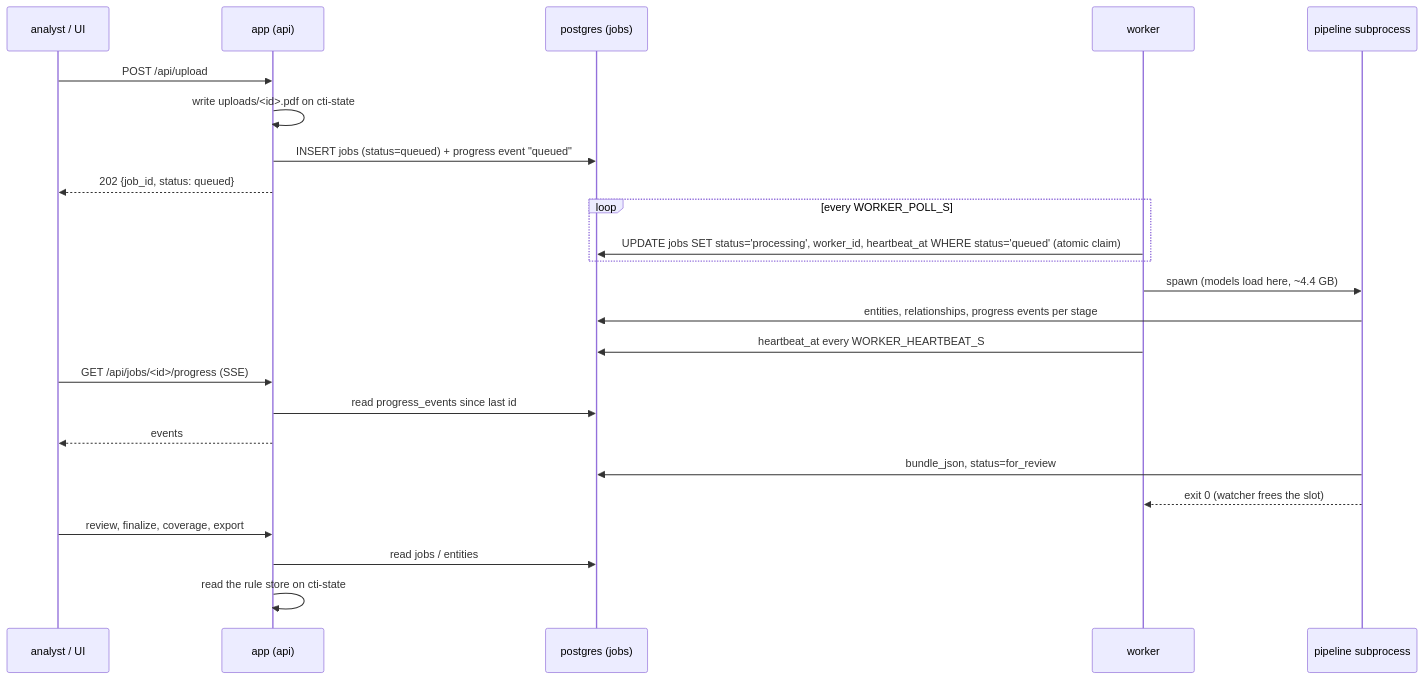
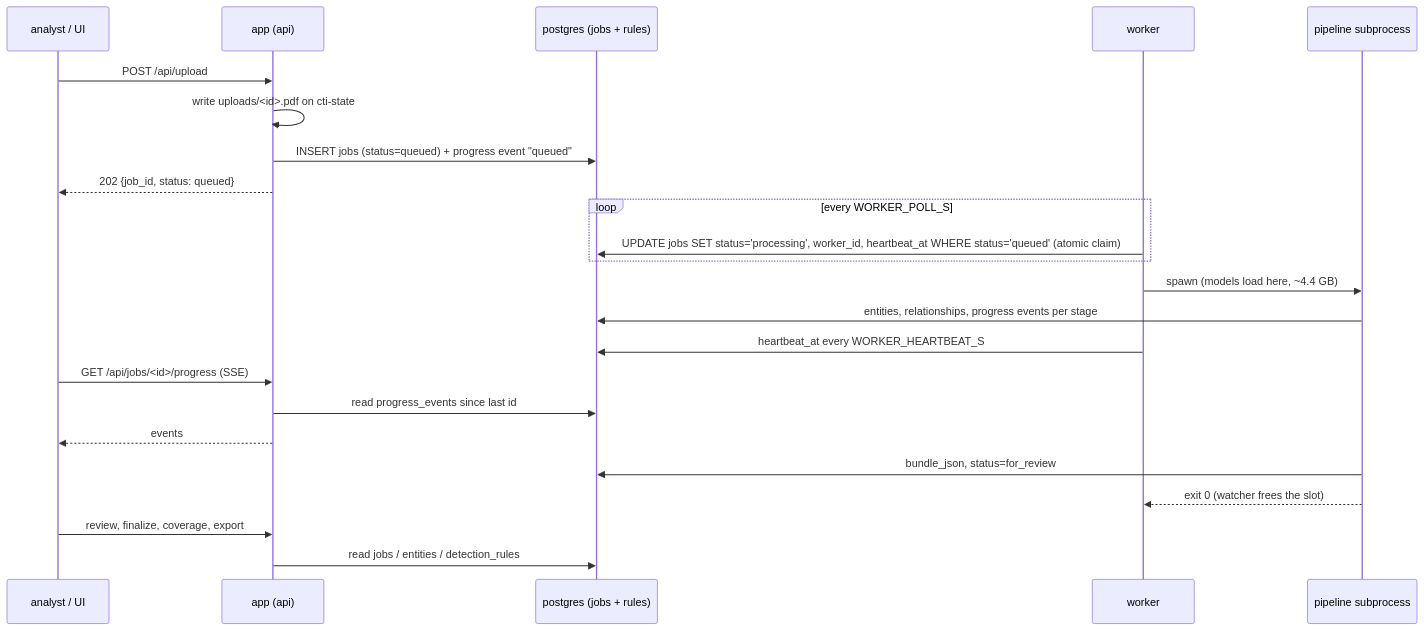
Before and after one commit to Stixaly/CTIParsor: the second of 2 diagrams in docs/architecture.md, drawn with Mermaid. The commit also changed other lines of this file and 80 other files, not shown here.

````diff
--- a/docs/architecture.md
+++ b/docs/architecture.md
@@ -85,26 +94,25 @@
 ```mermaid
 sequenceDiagram
     participant U as analyst / UI
     participant A as app (api)
-    participant DB as postgres (jobs)
+    participant DB as postgres (jobs + rules)
     participant W as worker
     participant P as pipeline subprocess
     U->>A: POST /api/upload
     A->>A: write uploads/<id>.pdf on cti-state
     A->>DB: INSERT jobs (status=queued) + progress event "queued"
     A-->>U: 202 {job_id, status: queued}
     loop every WORKER_POLL_S
         W->>DB: UPDATE jobs SET status='processing', worker_id, heartbeat_at WHERE status='queued' (atomic claim)
     end
     W->>P: spawn (models load here, ~4.4 GB)
     P->>DB: entities, relationships, progress events per stage
     W->>DB: heartbeat_at every WORKER_HEARTBEAT_S
     U->>A: GET /api/jobs/<id>/progress (SSE)
     A->>DB: read progress_events since last id
     A-->>U: events
     P->>DB: bundle_json, status=for_review
     P-->>W: exit 0 (watcher frees the slot)
     U->>A: review, finalize, coverage, export
-    A->>DB: read jobs / entities
-    A->>A: read the rule store on cti-state
+    A->>DB: read jobs / entities / detection_rules
 ```
````
